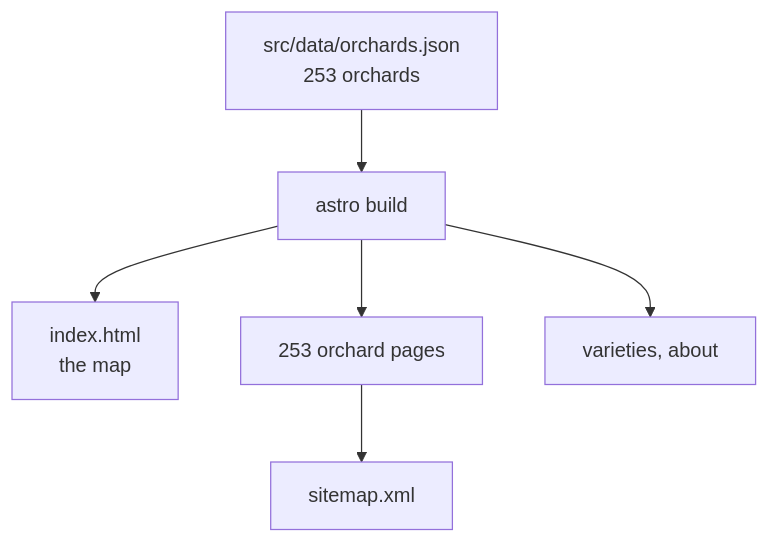
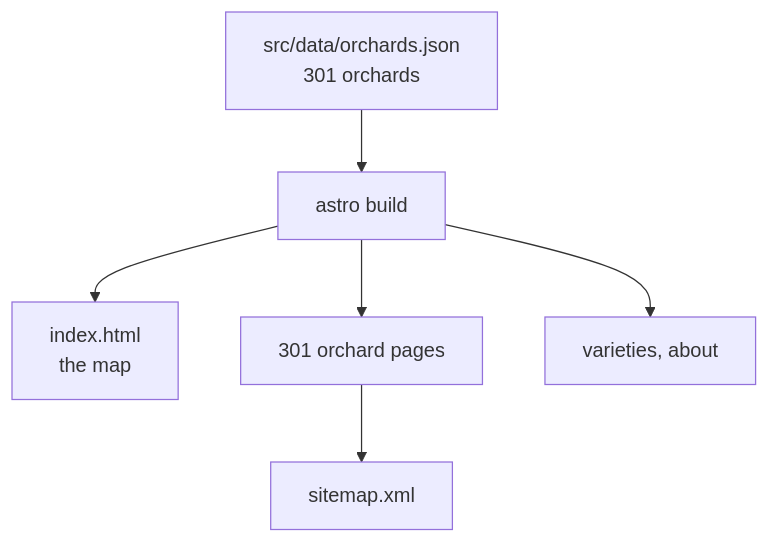
One commit to minormending/orchard-map changed the first of 5 diagrams in docs/frontend.md. Above: the diagram before and after it, drawn with Mermaid. The commit also changed other lines of this file and 16 other files, not shown here.

````diff
--- a/docs/frontend.md
+++ b/docs/frontend.md
@@ -15,8 +15,8 @@
 ```mermaid
 flowchart TD
-    JSON["src/data/orchards.json<br/>253 orchards"] --> ASTRO["astro build"]
+    JSON["src/data/orchards.json<br/>301 orchards"] --> ASTRO["astro build"]
     ASTRO --> INDEX["index.html<br/>the map"]
-    ASTRO --> PAGES["253 orchard pages"]
+    ASTRO --> PAGES["301 orchard pages"]
     ASTRO --> CAL["varieties, about"]
     PAGES --> SITEMAP["sitemap.xml"]
 ```
````
